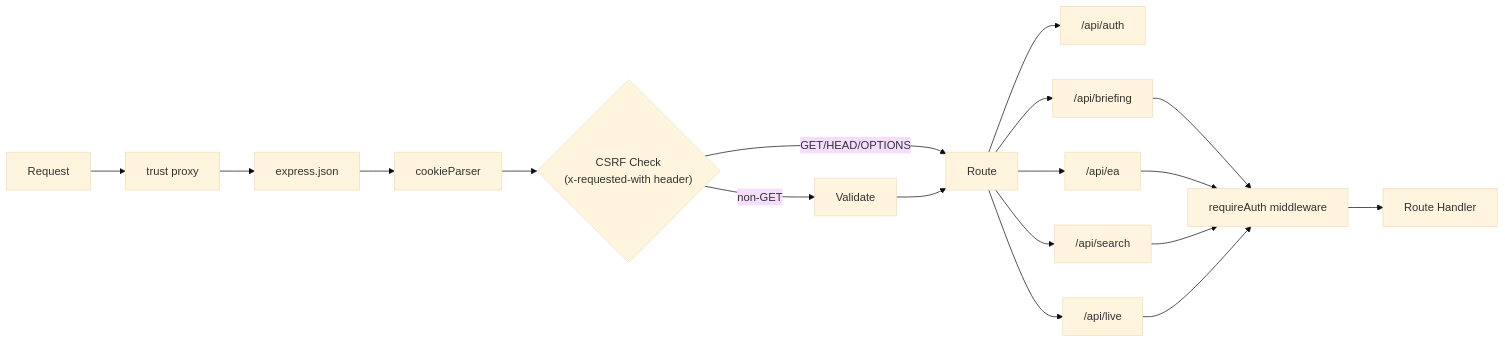
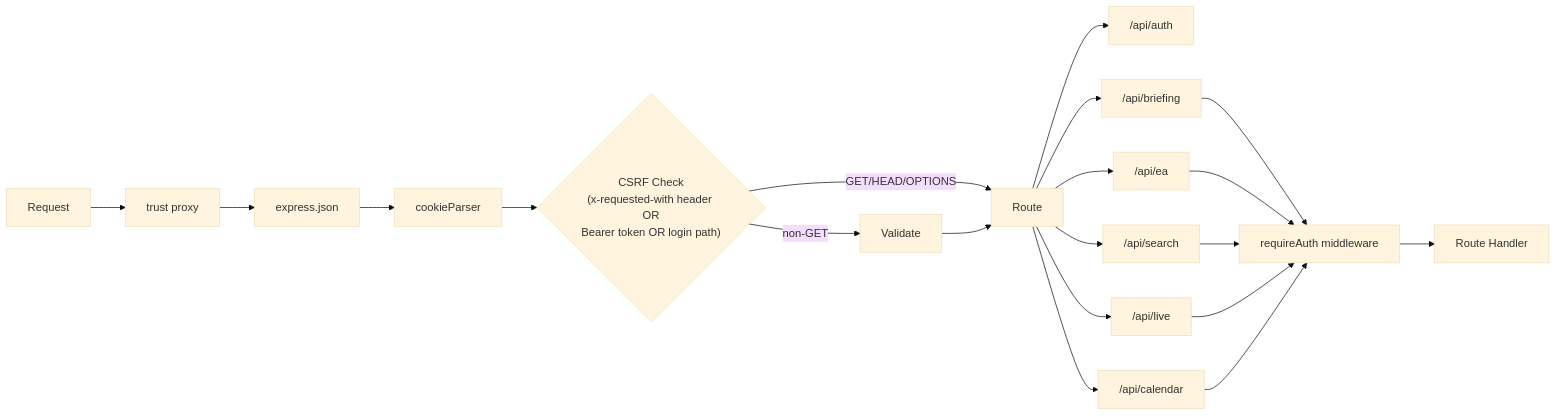
Before and after one commit to ansidian/ea-dashboard: the fourth of 7 diagrams in ARCHITECTURE.md, drawn with Mermaid (base theme). The commit also changed other lines of this file, not shown here.

Commit message:
docs: sync ARCHITECTURE.md with tombstones, snooze/pin, API tokens, and calendar route

````diff
--- a/ARCHITECTURE.md
+++ b/ARCHITECTURE.md
@@ -252,22 +274,24 @@
 ```mermaid
 graph LR
     Request --> TP[trust proxy]
     TP --> JSON[express.json]
     JSON --> Cookie[cookieParser]
-    Cookie --> CSRF{"CSRF Check\n(x-requested-with header)"}
+    Cookie --> CSRF{"CSRF Check\n(x-requested-with header OR\nBearer token OR login path)"}
     CSRF -->|non-GET| Validate
     CSRF -->|GET/HEAD/OPTIONS| Route
     Validate --> Route
 
     Route --> Auth["/api/auth"]
     Route --> Briefing["/api/briefing"]
     Route --> EA["/api/ea"]
     Route --> Search["/api/search"]
     Route --> Live["/api/live"]
+    Route --> Cal["/api/calendar"]
 
     Briefing --> ReqAuth[requireAuth middleware]
     EA --> ReqAuth
     Search --> ReqAuth
     Live --> ReqAuth
+    Cal --> ReqAuth
     ReqAuth --> Handler[Route Handler]
 ```
````
